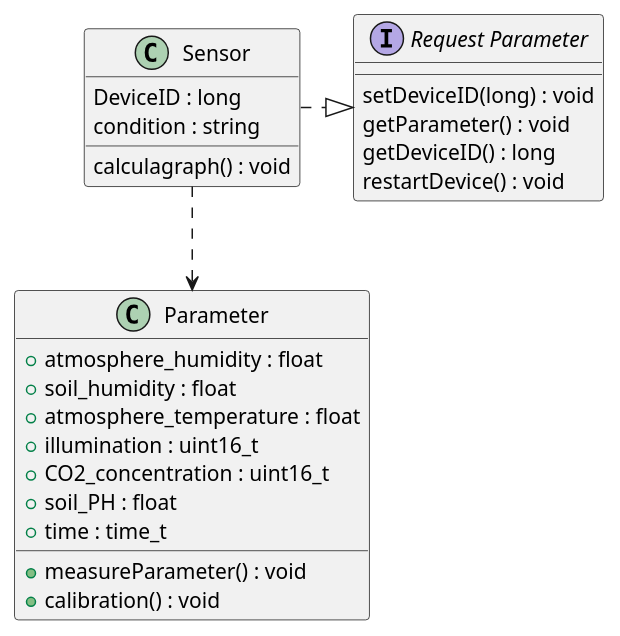
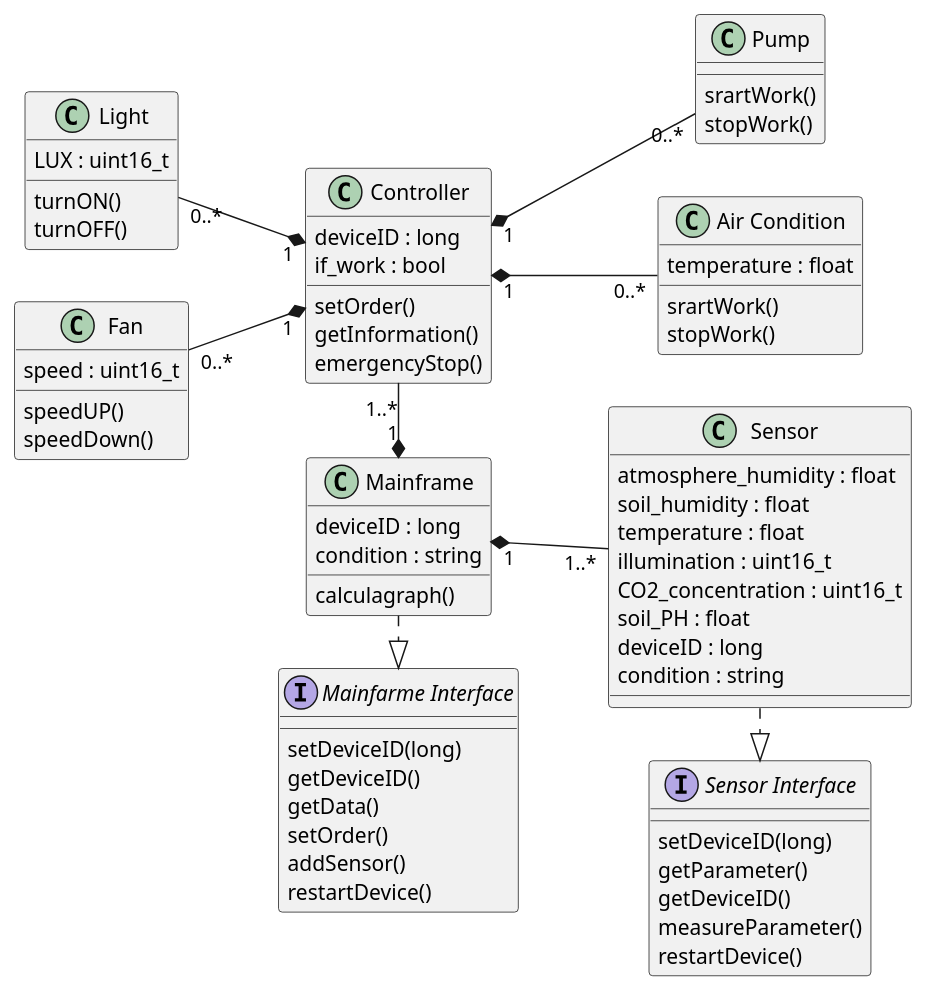
Before and after one commit to wzyskylake/Star-Fire: the diagram in Design/SystemDesign/ClassDiagram_1.wsd, drawn with PlantUML. The commit also changed 399 other files, not shown here.

```diff
--- a/Design/SystemDesign/ClassDiagram_1.wsd
+++ b/Design/SystemDesign/ClassDiagram_1.wsd
@@ -1,34 +1,82 @@
-@startuml 传感器类图
+@startuml 主机与传感器类图
+left to right direction
 class "Sensor" as sensor {
-    DeviceID : long
+    atmosphere_humidity : float
+    soil_humidity : float
+    temperature : float
+    illumination : uint16_t
+    ' uint16_t 即 unsigned short int
+    CO2_concentration : uint16_t
+    ' PPM
+    soil_PH : float
+    ' 唯一时间戳
+    deviceID : long
     condition : string
-    calculagraph() : void
+
 }
 
-class "Parameter" as parameter {
-    +atmosphere_humidity : float
-    +soil_humidity : float
-    +atmosphere_temperature : float
-    +illumination : uint16_t
-    ' uinit16_t 即 unsigned short int
-    +CO2_concentration : uint16_t
-    ' PPM
-    +soil_PH : float
-    +time : time_t
-    ' 唯一时间戳
-    +measureParameter() : void
-    ' 考虑使用 JSON 来传输数据
-    +calibration() : void
+interface "Sensor Interface" as sensor_I {
+    setDeviceID(long)
+    getParameter() 
+    getDeviceID()
+    measureParameter()
+    restartDevice()
 }
 
-interface "Request Parameter" as request {
-    setDeviceID(long) : void
-    getParameter() : void
-    getDeviceID() : long
-    restartDevice() : void
+class "Mainframe" as mainframe {
+    deviceID : long
+    condition : string
+    calculagraph()
 }
 
-sensor ..> parameter
-sensor .right.|> request
+interface "Mainfarme Interface" as mainframe_I {
+    setDeviceID(long)
+    getDeviceID()
+    getData()
+    setOrder()
+    addSensor()
+    restartDevice()
+}
+
+class "Controller" as controller {
+    deviceID : long
+    if_work : bool 
+    setOrder()
+    getInformation()
+    emergencyStop()
+}
+class "Fan" as fan {
+    speed : uint16_t
+    speedUP()
+    speedDown()
+}
+
+class "Light" as light {
+    LUX : uint16_t
+    turnON()
+    turnOFF()
+}
+class "Pump" as pump {
+    srartWork()
+    stopWork()
+
+}
+
+class "Air Condition" as aircondition {
+    temperature : float
+    srartWork()
+    stopWork()
+}
+
+sensor .right.|> sensor_I
+mainframe .right.|> mainframe_I
+
+controller "1" *-up- "0..*" fan
+controller "1" *-up- "0..*" light
+controller "1" *-- "0..*" pump
+controller "1" *-- "0..*" aircondition
+
+mainframe "1" *-- "1..*" sensor
+mainframe "1" *-left- "1..*" controller
 
 @enduml
```
